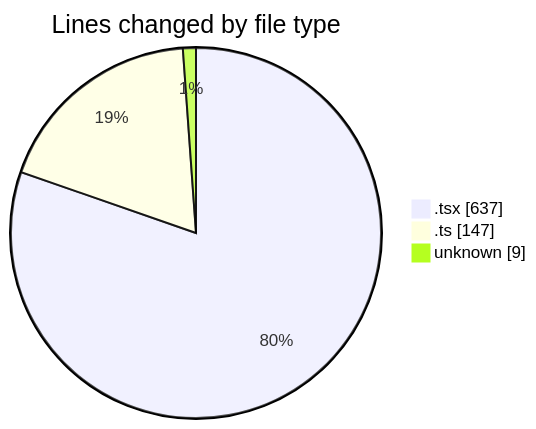
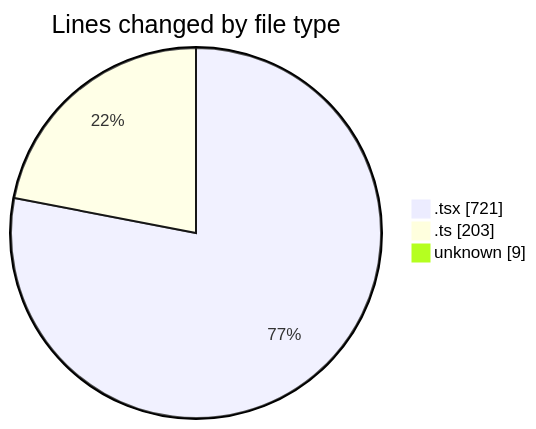
One commit to nxtqubesakshisongat/code-tracking changed the first of 2 diagrams in 2026-04-13/airfeed-analytics-dashboard/README.md. Above: the diagram before and after it, drawn with Mermaid. The commit also changed other lines of this file and 1 other file, not shown here.

````diff
--- a/2026-04-13/airfeed-analytics-dashboard/README.md
+++ b/2026-04-13/airfeed-analytics-dashboard/README.md
@@ -25,7 +27,7 @@
 ```mermaid
 pie showData
 title Lines changed by file type
-".tsx" : 637
-".ts" : 147
+".tsx" : 721
+".ts" : 203
 "unknown" : 9
 ```
````
